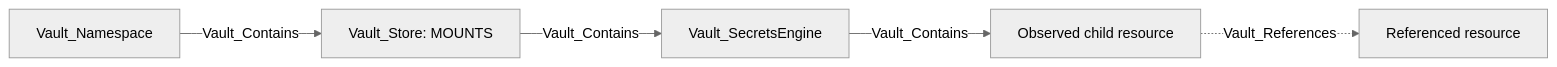
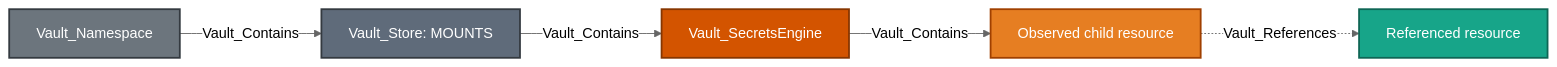
Before and after one commit to bytewreck/opengraph-vault: the first of 29 diagrams in Documentation/stores/MOUNTS.md, drawn with Mermaid (neutral theme). The commit also changed other lines of this file and 4 other files, not shown here.

````diff
--- a/Documentation/stores/MOUNTS.md
+++ b/Documentation/stores/MOUNTS.md
@@ -40,7 +40,13 @@
 ```mermaid
 flowchart LR
-    namespace[Vault_Namespace] -->|Vault_Contains| store[Vault_Store: MOUNTS]
-    store -->|Vault_Contains| mount[Vault_SecretsEngine]
-    mount -->|Vault_Contains| object[Observed child resource]
-    object -.->|Vault_References| dependency[Referenced resource]
+    namespace[Vault_Namespace]:::namespaceNode -->|Vault_Contains| store[Vault_Store: MOUNTS]:::storeNode
+    store -->|Vault_Contains| mount[Vault_SecretsEngine]:::mountNode
+    mount -->|Vault_Contains| object[Observed child resource]:::secretObjectNode
+    object -.->|Vault_References| dependency[Referenced resource]:::referenceNode
+
+    classDef namespaceNode fill:#6C757D,color:#fff,stroke:#343A40,stroke-width:2px
+    classDef storeNode fill:#5F6B7A,color:#fff,stroke:#343A40,stroke-width:2px
+    classDef mountNode fill:#D35400,color:#fff,stroke:#873600,stroke-width:2px
+    classDef secretObjectNode fill:#E67E22,color:#fff,stroke:#A04000,stroke-width:2px
+    classDef referenceNode fill:#17A589,color:#fff,stroke:#0E6655,stroke-width:2px
 ```
````
